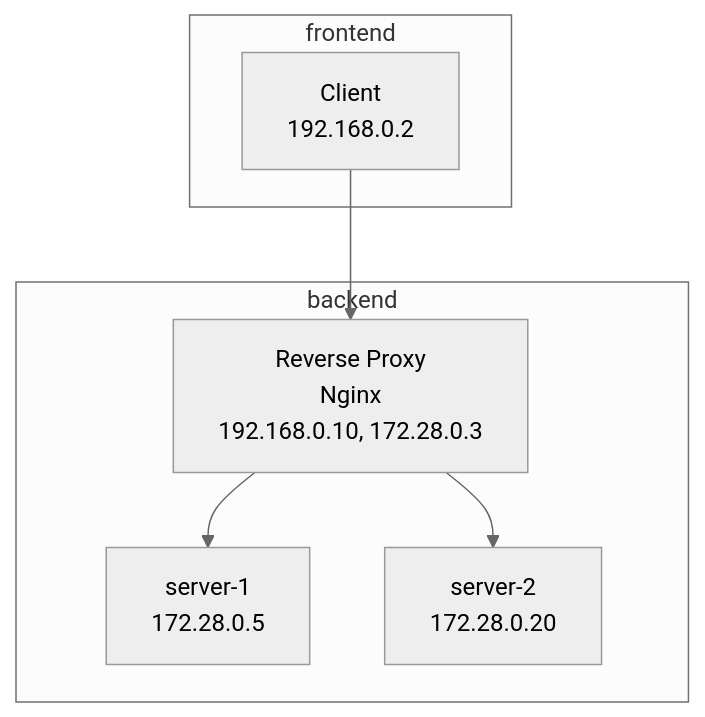
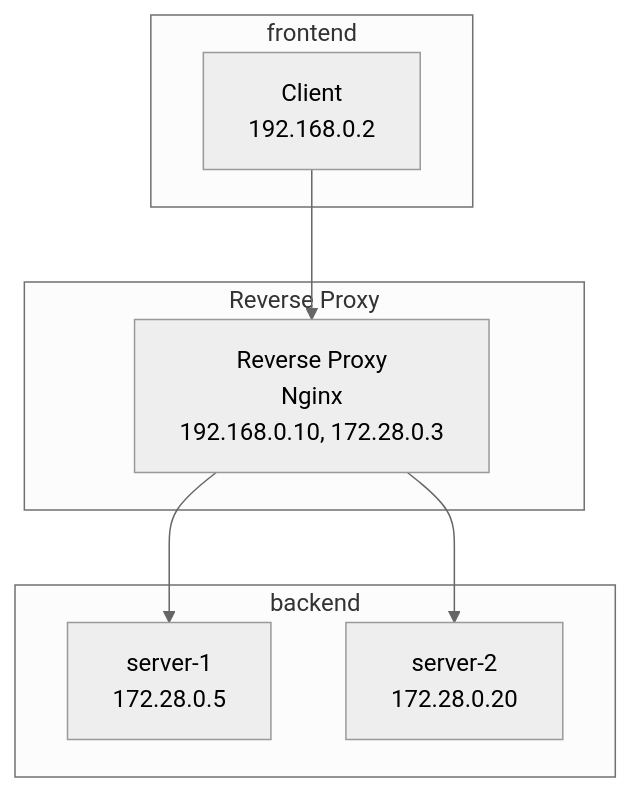
One commit to nomanoma121/nginx-reverse-proxy changed the diagram in README.md. Above: the diagram before and after it, drawn with Mermaid (neutral theme).

Commit message:
docs: リバースプロキシの図を修正

````diff
--- a/README.md
+++ b/README.md
@@ -6,19 +6,22 @@
 ```mermaid
 graph TD
   client[Client<br>192.168.0.2]
 
+  subgraph frontend
+    client
+  end
+
+  subgraph reverseproxy["Reverse Proxy"]
+    proxy[Reverse Proxy<br>Nginx<br>192.168.0.10, 172.28.0.3]
+  end
+
   subgraph backend
-    proxy[Reverse Proxy<br>Nginx<br>192.168.0.10, 172.28.0.3]
     server1[server-1<br>172.28.0.5]
     server2[server-2<br>172.28.0.20]
-  end
-
-  subgraph frontend
-    client
   end
 
   client --> proxy
   proxy --> server1
   proxy --> server2
 
 ```
````
